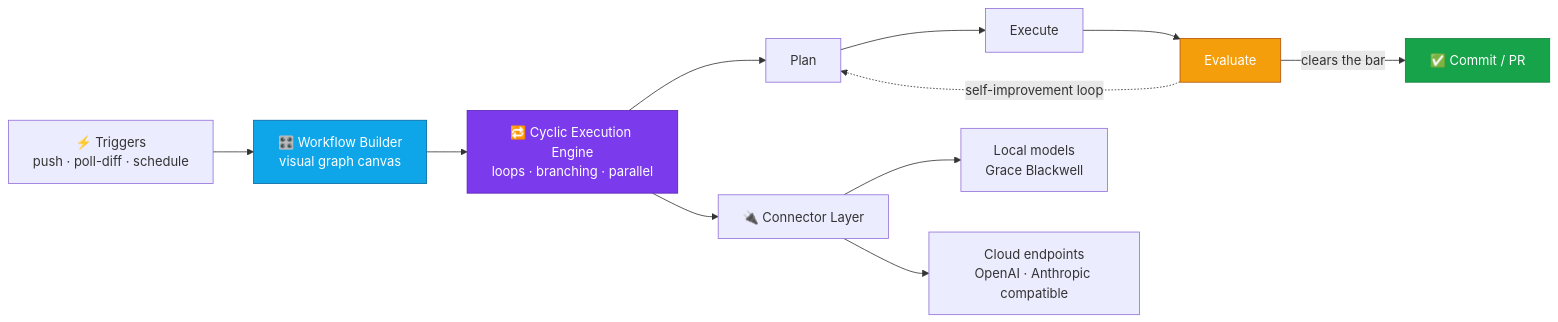
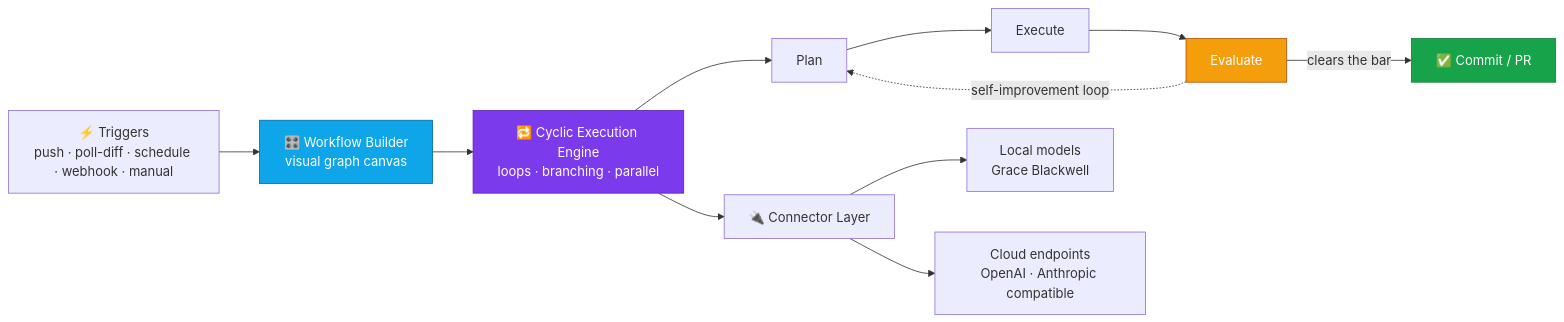
Before and after one commit to dsneed123/dsneed123: the diagram in README.md, drawn with Mermaid. The commit also changed other lines of this file, not shown here.

````diff
--- a/README.md
+++ b/README.md
@@ -62,20 +62,20 @@
 ```mermaid
 flowchart LR
-    T["⚡ Triggers<br/>push · poll-diff · schedule"] --> B["🎛️ Workflow Builder<br/>visual graph canvas"]
+    T["⚡ Triggers<br/>push · poll-diff · schedule · webhook · manual"] --> B["🎛️ Workflow Builder<br/>visual graph canvas"]
     B --> E["🔁 Cyclic Execution Engine<br/>loops · branching · parallel"]
 
     E --> P["Plan"]
     P --> X["Execute"]
     X --> V["Evaluate"]
     V -->|"clears the bar"| S["✅ Commit / PR"]
     V -.->|"self-improvement loop"| P
 
     E --> C["🔌 Connector Layer"]
     C --> L["Local models<br/>Grace Blackwell"]
     C --> R["Cloud endpoints<br/>OpenAI · Anthropic compatible"]
 
     style B fill:#0EA5E9,stroke:#0369A1,color:#fff
     style E fill:#7C3AED,stroke:#5B21B6,color:#fff
     style V fill:#F59E0B,stroke:#B45309,color:#fff
     style S fill:#16A34A,stroke:#15803D,color:#fff
 ```
````
